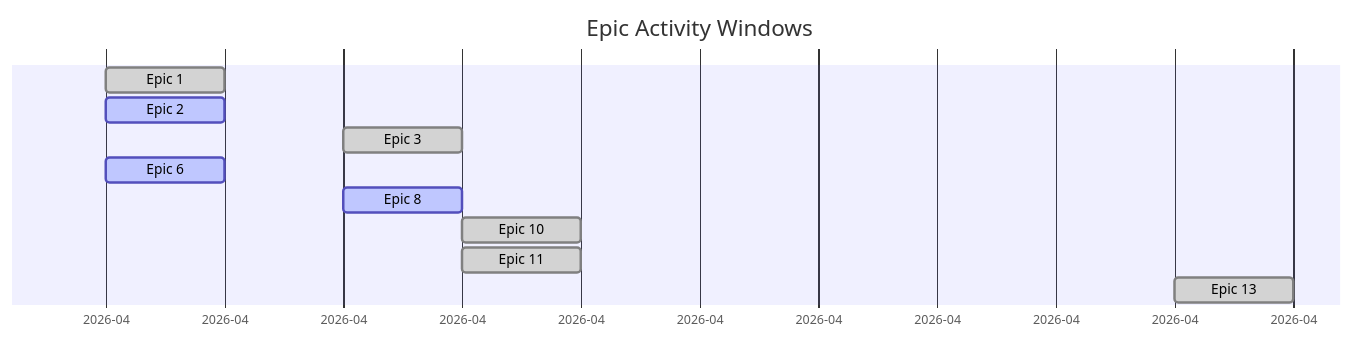
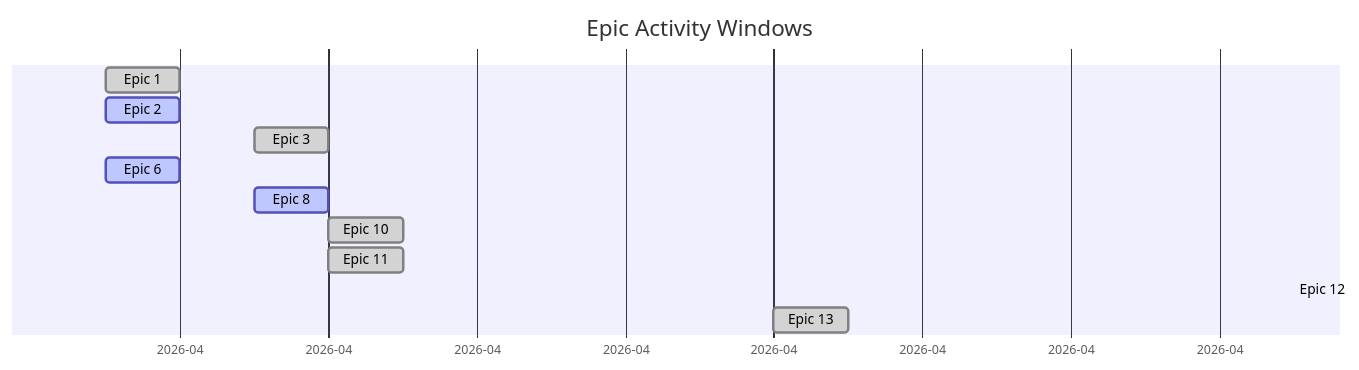
One commit to wegofwd2020-hub/StudyBuddy_OnDemand changed the diagram in docs/PROGRESS.md. Above: the diagram before and after it, drawn with Mermaid. The commit also changed other lines of this file, not shown here.

````diff
--- a/docs/PROGRESS.md
+++ b/docs/PROGRESS.md
@@ -9,14 +9,15 @@
 ```mermaid
 gantt
     title Epic Activity Windows
     dateFormat YYYY-MM-DD
     axisFormat %Y-%m
     Epic 1  :done, e1, 2026-04-12, 2026-04-13
     Epic 2  :active, e2, 2026-04-12, 2026-04-13
     Epic 3  :done, e3, 2026-04-14, 2026-04-15
     Epic 6  :active, e6, 2026-04-12, 2026-04-13
     Epic 8  :active, e8, 2026-04-14, 2026-04-15
     Epic 10 :done, e10, 2026-04-15, 2026-04-16
     Epic 11 :done, e11, 2026-04-15, 2026-04-16
+    Epic 12 :active, e12, 2026-04-29, 2026-04-28
     Epic 13 :done, e13, 2026-04-21, 2026-04-22
 ```
````
